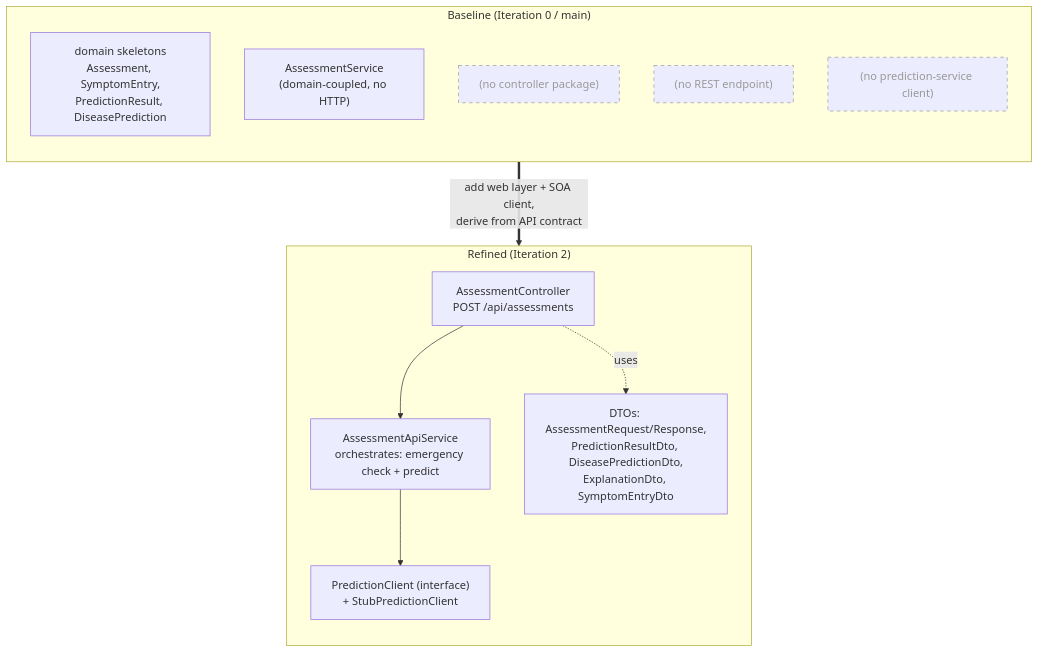
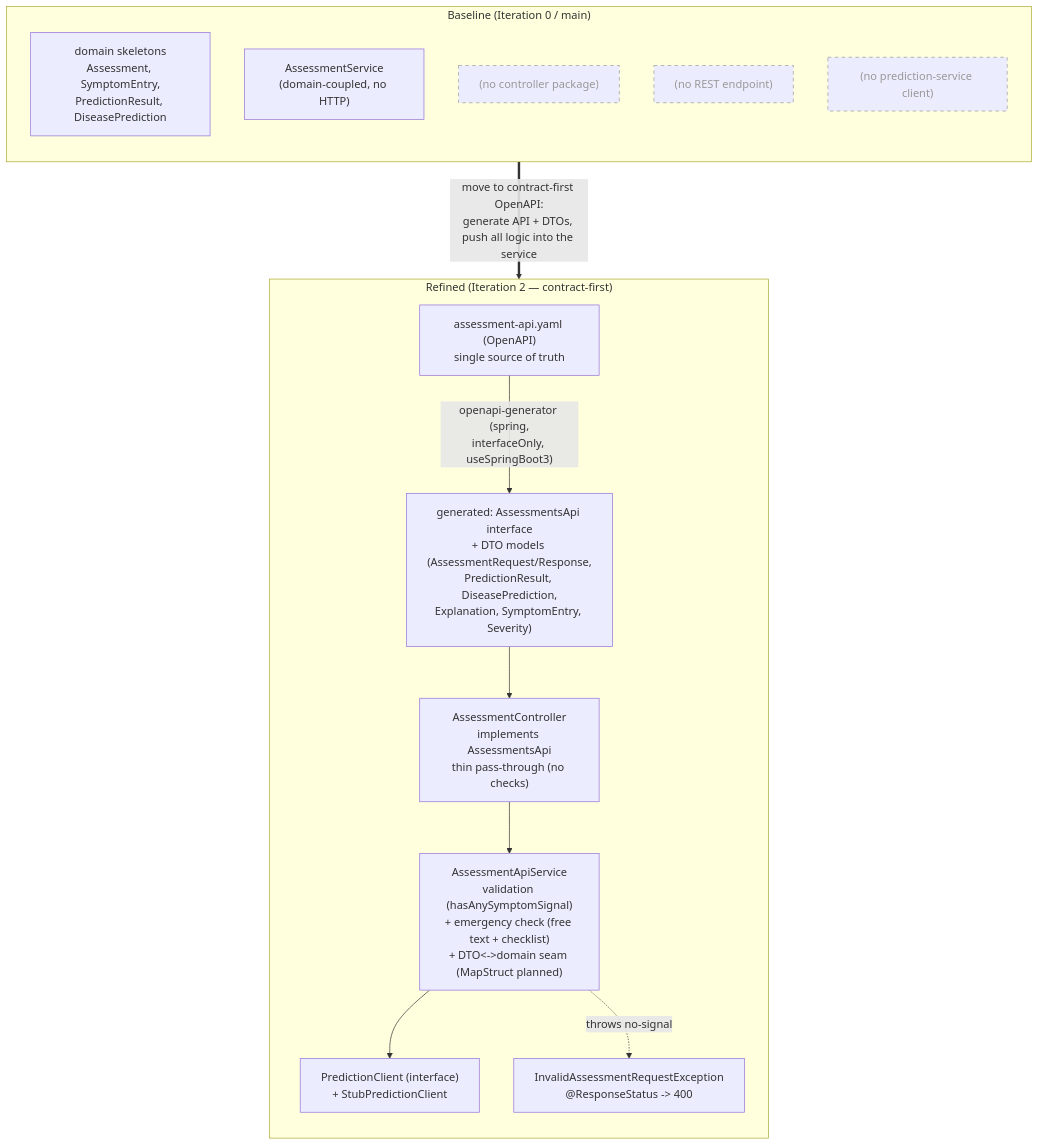
Before and after one commit to Disease-Prediction-ASET26/disease-prediction-docs: the third of 3 diagrams in docs/mdd/iteration2/README.md, drawn with Mermaid. The commit also changed other lines of this file and 2 other files, not shown here.

First line of the commit message:
docs: update iteration 2 description to contract-first OpenAPI flow

````diff
--- a/docs/mdd/iteration2/README.md
+++ b/docs/mdd/iteration2/README.md
@@ -141,25 +163,29 @@
 ```mermaid
 flowchart TB
     subgraph BEFORE["Baseline (Iteration 0 / main)"]
         direction TB
         B1["domain skeletons<br/>Assessment, SymptomEntry,<br/>PredictionResult, DiseasePrediction"]
         B2["AssessmentService<br/>(domain-coupled, no HTTP)"]
         B3["(no controller package)"]:::missing
         B4["(no REST endpoint)"]:::missing
         B5["(no prediction-service client)"]:::missing
     end
 
-    subgraph AFTER["Refined (Iteration 2)"]
+    subgraph AFTER["Refined (Iteration 2 — contract-first)"]
         direction TB
-        A1["AssessmentController<br/>POST /api/assessments"]
-        A2["AssessmentApiService<br/>orchestrates: emergency check + predict"]
+        A0["assessment-api.yaml (OpenAPI)<br/>single source of truth"]
+        A0 -->|"openapi-generator (spring,<br/>interfaceOnly, useSpringBoot3)"| A1g
+        A1g["generated: AssessmentsApi interface<br/>+ DTO models (AssessmentRequest/Response,<br/>PredictionResult, DiseasePrediction,<br/>Explanation, SymptomEntry, Severity)"]
+        A1["AssessmentController<br/>implements AssessmentsApi<br/>thin pass-through (no checks)"]
+        A2["AssessmentApiService<br/>validation (hasAnySymptomSignal)<br/>+ emergency check (free text + checklist)<br/>+ DTO&lt;-&gt;domain seam (MapStruct planned)"]
         A3["PredictionClient (interface)<br/>+ StubPredictionClient"]
-        A4["DTOs: AssessmentRequest/Response,<br/>PredictionResultDto, DiseasePredictionDto,<br/>ExplanationDto, SymptomEntryDto"]
+        A6["InvalidAssessmentRequestException<br/>@ResponseStatus -&gt; 400"]
+        A1g --> A1
         A1 --> A2 --> A3
-        A1 -.uses.-> A4
+        A2 -.throws no-signal.-> A6
     end
 
-    BEFORE ==>|"add web layer + SOA client,<br/>derive from API contract"| AFTER
+    BEFORE ==>|"move to contract-first OpenAPI:<br/>generate API + DTOs, push all logic into the service"| AFTER
 
     classDef missing stroke-dasharray: 5 5,color:#999,stroke:#999;
 ```
````
